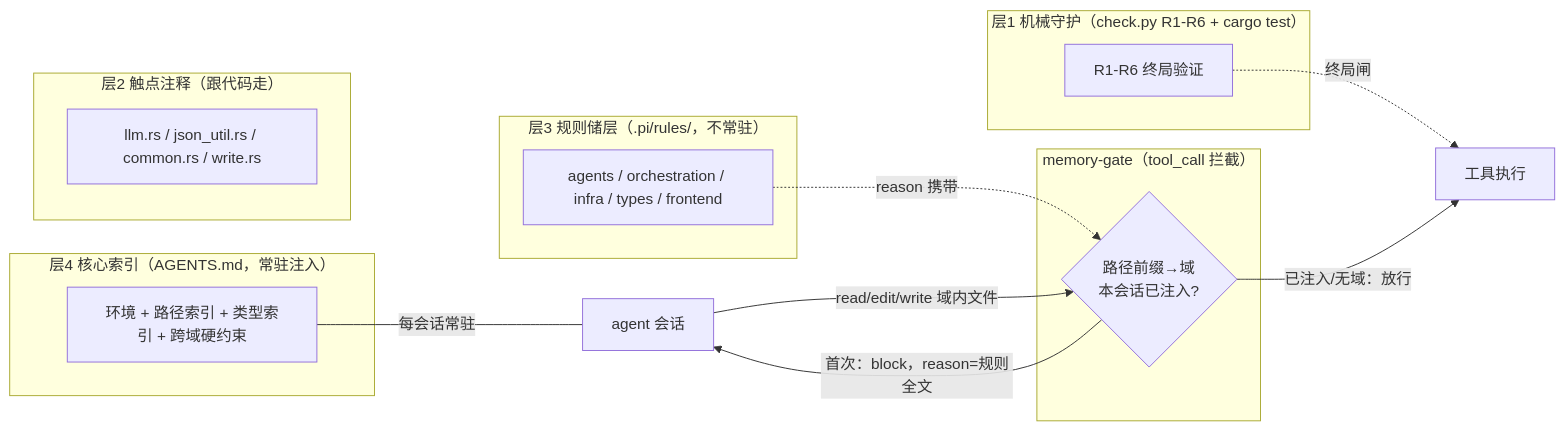
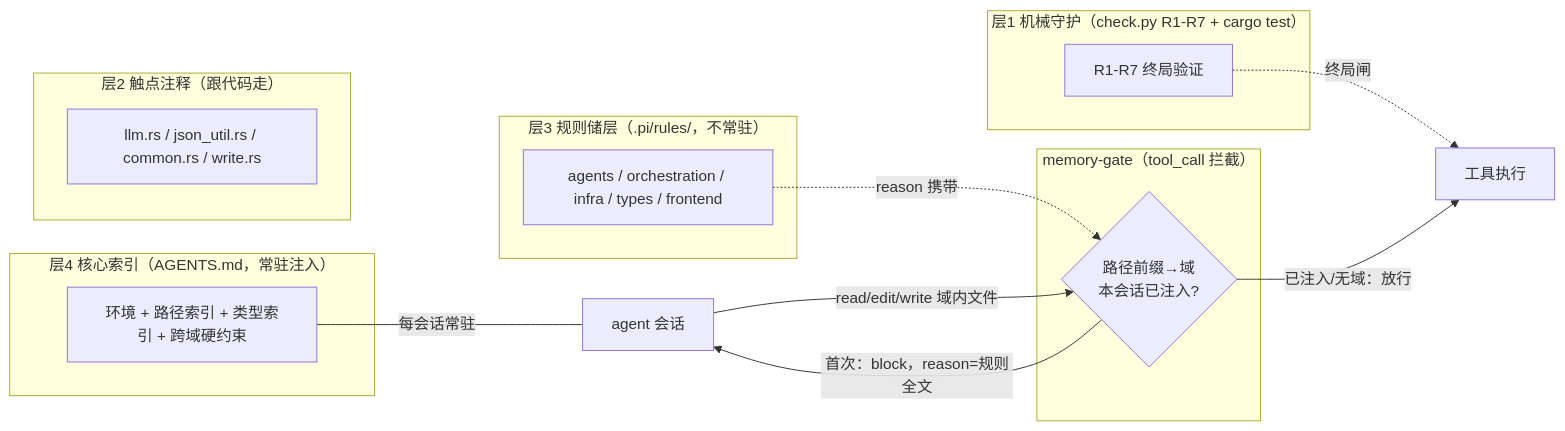
One commit to wenge6090-tech/bcp-kit changed the third of 4 diagrams in BCP.md. Above: the diagram before and after it, drawn with Mermaid. The commit also changed other lines of this file and 11 other files, not shown here.

````diff
--- a/BCP.md
+++ b/BCP.md
@@ -218,24 +206,24 @@
 ```mermaid
 flowchart LR
     subgraph L4["层4 核心索引（AGENTS.md，常驻注入）"]
         IDX["环境 + 路径索引 + 类型索引 + 跨域硬约束"]
     end
     subgraph L3["层3 规则储层（.pi/rules/，不常驻）"]
         RF["agents / orchestration / infra / types / frontend"]
     end
     subgraph GATE["memory-gate（tool_call 拦截）"]
         D{"路径前缀→域\n本会话已注入?"}
     end
     subgraph L2["层2 触点注释（跟代码走）"]
         TP["llm.rs / json_util.rs / common.rs / write.rs"]
     end
-    subgraph L1["层1 机械守护（check.py R1-R6 + cargo test）"]
-        MECH["R1-R6 终局验证"]
+    subgraph L1["层1 机械守护（check.py R1-R7 + cargo test）"]
+        MECH["R1-R7 终局验证"]
     end
     A["agent 会话"] -->|"read/edit/write 域内文件"| D
     D -->|"首次：block，reason=规则全文"| A
     D -->|"已注入/无域：放行"| E["工具执行"]
     IDX ---|"每会话常驻"| A
     RF -.->|"reason 携带"| D
     MECH -.->|"终局闸"| E
 ```
````
